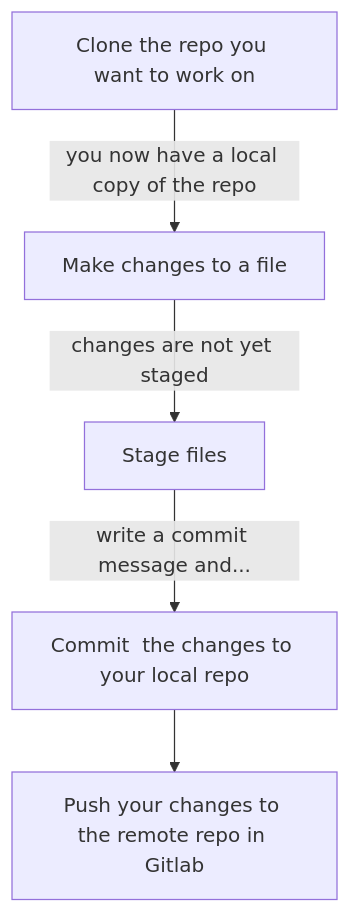
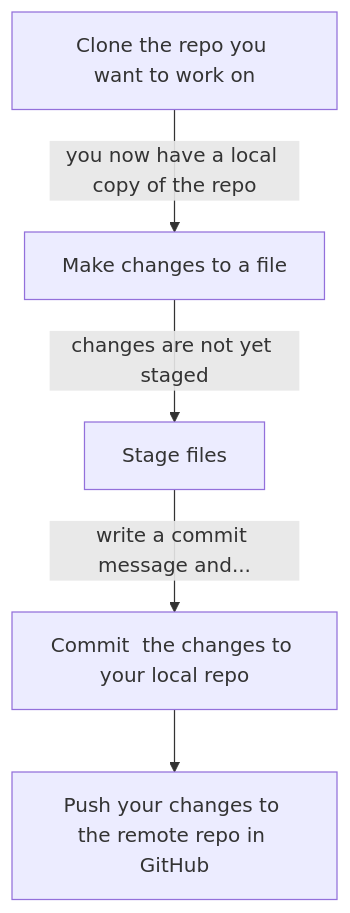
Before and after one commit to life-itself/tao: the second of 6 diagrams in git/README.md, drawn with Mermaid. The commit also changed other lines of this file and 8 other files, not shown here.

````diff
--- a/git/README.md
+++ b/git/README.md
@@ -59,10 +59,10 @@
 ```mermaid
 graph TD
 
 clone[Clone the repo you want to work on]
 clone --you now have a local copy of the repo --> file[Make changes to a file]
 file --changes are not yet staged --> Stage[Stage files]
 Stage --write a commit message and... --> Commit[Commit  the changes to your local repo]
-Commit --> Push[Push your changes to the remote repo in Gitlab]
+Commit --> Push[Push your changes to the remote repo in GitHub]
 
 ```
````
